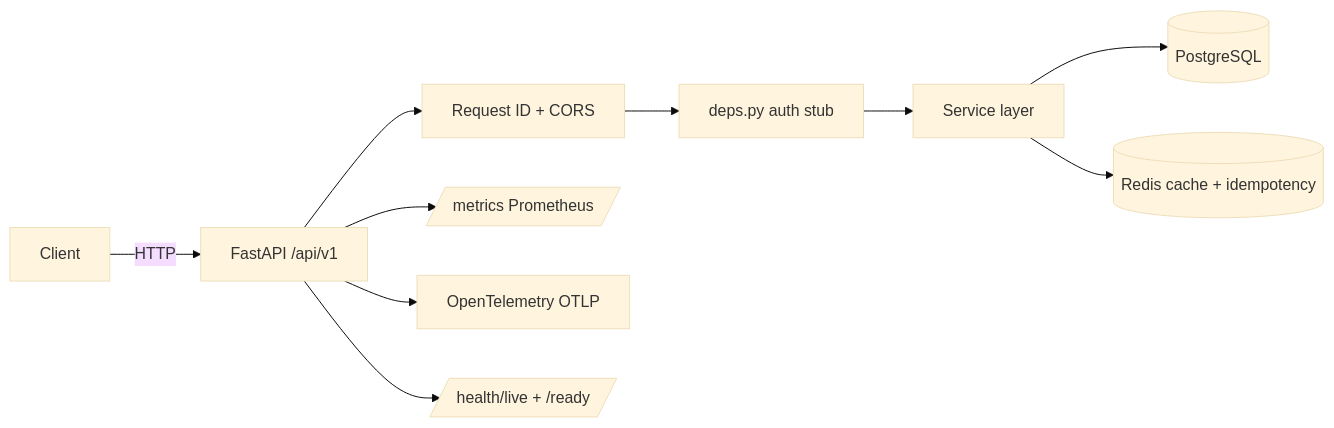
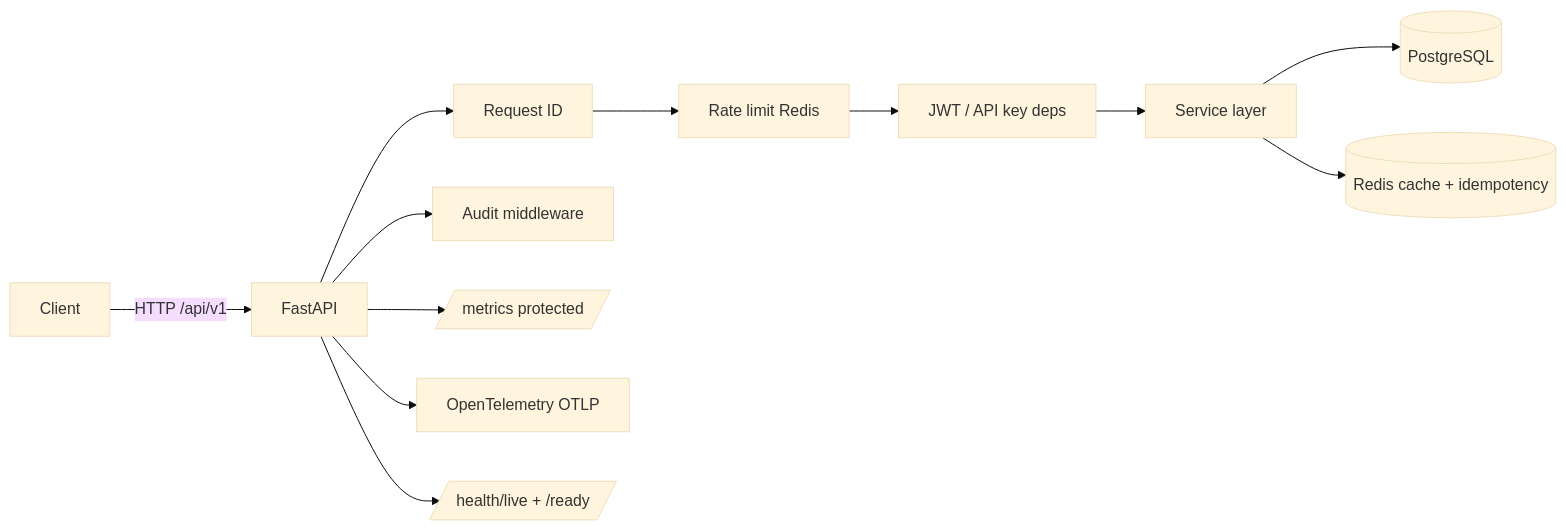
Before and after one commit to GavrilovEgorOf/python-service-template: the diagram in README.md, drawn with Mermaid (base theme). The commit also changed other lines of this file and 37 other files, not shown here.

Commit message:
v0.5: security hardening, idempotency SET NX, rate limit, audit, Helm

````diff
--- a/README.md
+++ b/README.md
@@ -11,12 +11,14 @@
 ```mermaid
 flowchart LR
-    Client -->|HTTP| API[FastAPI /api/v1]
-    API --> Middleware[Request ID + CORS]
-    Middleware --> Auth[deps.py auth stub]
+    Client -->|HTTP /api/v1| API[FastAPI]
+    API --> ReqID[Request ID]
+    ReqID --> RateLimit[Rate limit Redis]
+    RateLimit --> Auth[JWT / API key deps]
     Auth --> Service[Service layer]
     Service --> DB[(PostgreSQL)]
     Service --> Redis[(Redis cache + idempotency)]
-    API --> Metrics[/metrics Prometheus/]
+    API --> Audit[Audit middleware]
+    API --> Metrics[/metrics protected/]
     API --> OTel[OpenTelemetry OTLP]
     API --> Health[/health/live + /ready/]
 ```
````
